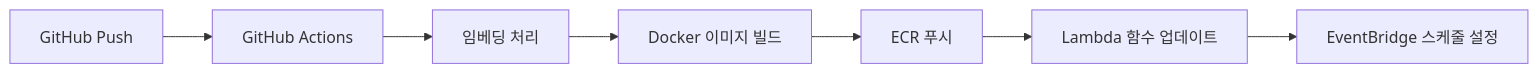
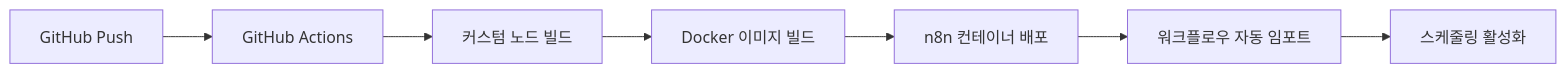
One commit to JeHwanYoo/n8n-custom-nodes-starter changed the diagram in README.md. Above: the diagram before and after it, drawn with Mermaid. The commit also changed other lines of this file, not shown here.

````diff
--- a/README.md
+++ b/README.md
@@ -125,9 +151,9 @@
 ```mermaid
 graph LR
     A[GitHub Push] --> B[GitHub Actions]
-    B --> C[임베딩 처리]
+    B --> C[커스텀 노드 빌드]
     C --> D[Docker 이미지 빌드]
-    D --> E[ECR 푸시]
-    E --> F[Lambda 함수 업데이트]
-    F --> G[EventBridge 스케줄 설정]
+    D --> E[n8n 컨테이너 배포]
+    E --> F[워크플로우 자동 임포트]
+    F --> G[스케줄링 활성화]
 ```
````
